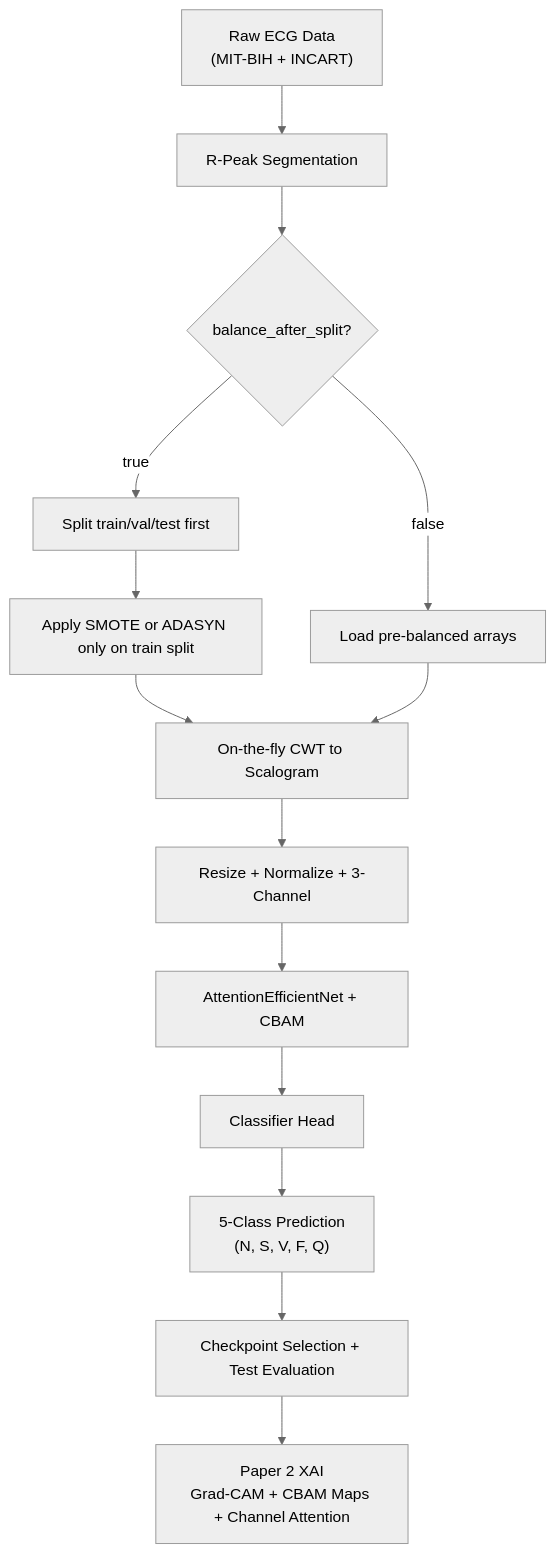
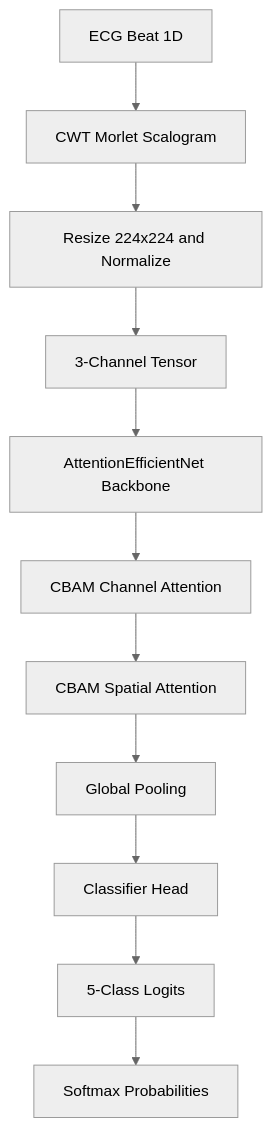
Before and after one commit to HardikNegi9/Guide: the first of 2 diagrams in EFFICIENTNET_TRANSFORMER_PAPER2_STUDY_GUIDE.md, drawn with Mermaid (neutral theme). The commit also changed other lines of this file and 5 other files, not shown here.

````diff
--- a/EFFICIENTNET_TRANSFORMER_PAPER2_STUDY_GUIDE.md
+++ b/EFFICIENTNET_TRANSFORMER_PAPER2_STUDY_GUIDE.md
@@ -303,16 +395,13 @@
 ```mermaid
 flowchart TD
-    A["Raw ECG Data<br/>(MIT-BIH + INCART)"] --> B["R-Peak Segmentation"]
-    B --> C{"balance_after_split?"}
-    C -->|true| D["Split train/val/test first"]
-    C -->|false| E["Load pre-balanced arrays"]
-    D --> F["Apply SMOTE or ADASYN only on train split"]
-    F --> G["On-the-fly CWT to Scalogram"]
-    E --> G
-    G --> H["Resize + Normalize + 3-Channel"]
-    H --> I["AttentionEfficientNet + CBAM"]
-    I --> J["Classifier Head"]
-    J --> K["5-Class Prediction<br/>(N, S, V, F, Q)"]
-    K --> L["Checkpoint Selection + Test Evaluation"]
-    L --> M["Paper 2 XAI<br/>Grad-CAM + CBAM Maps + Channel Attention"]
+  A[ECG Beat 1D] --> B[CWT Morlet Scalogram]
+  B --> C[Resize 224x224 and Normalize]
+  C --> D[3-Channel Tensor]
+  D --> E[AttentionEfficientNet Backbone]
+  E --> F[CBAM Channel Attention]
+  F --> G[CBAM Spatial Attention]
+  G --> H[Global Pooling]
+  H --> I[Classifier Head]
+  I --> J[5-Class Logits]
+  J --> K[Softmax Probabilities]
 ```
````
